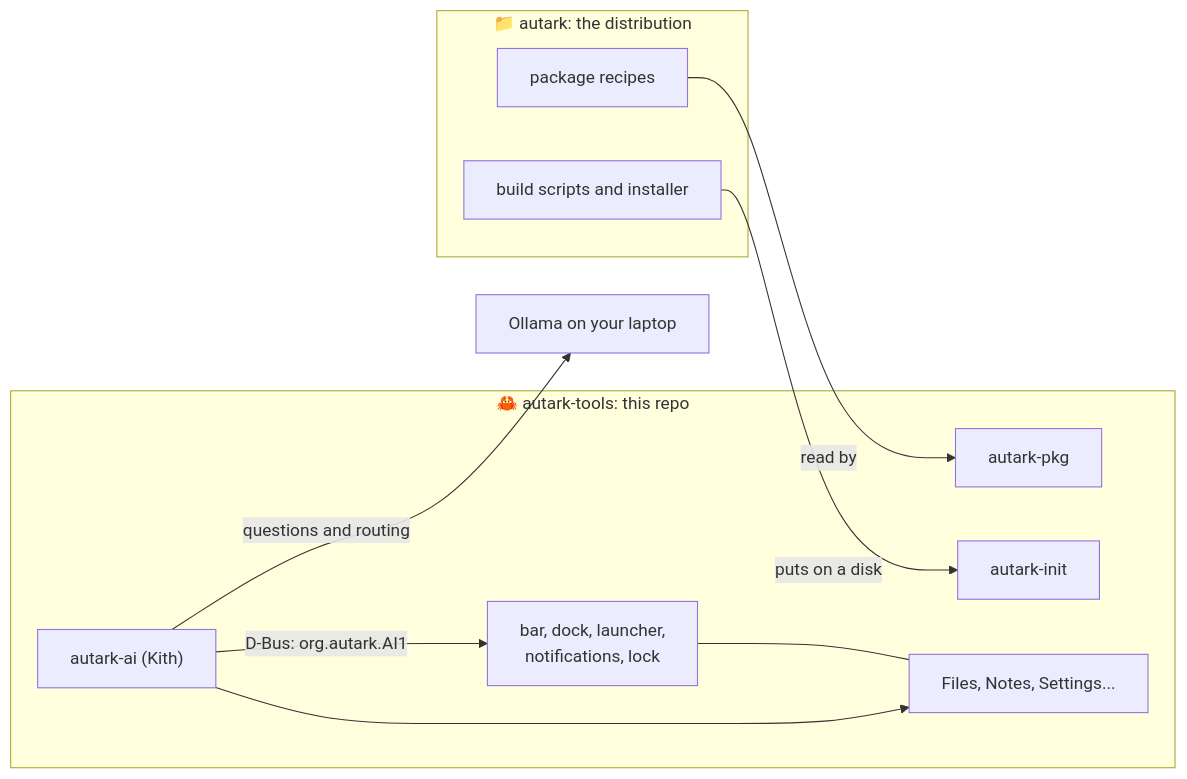
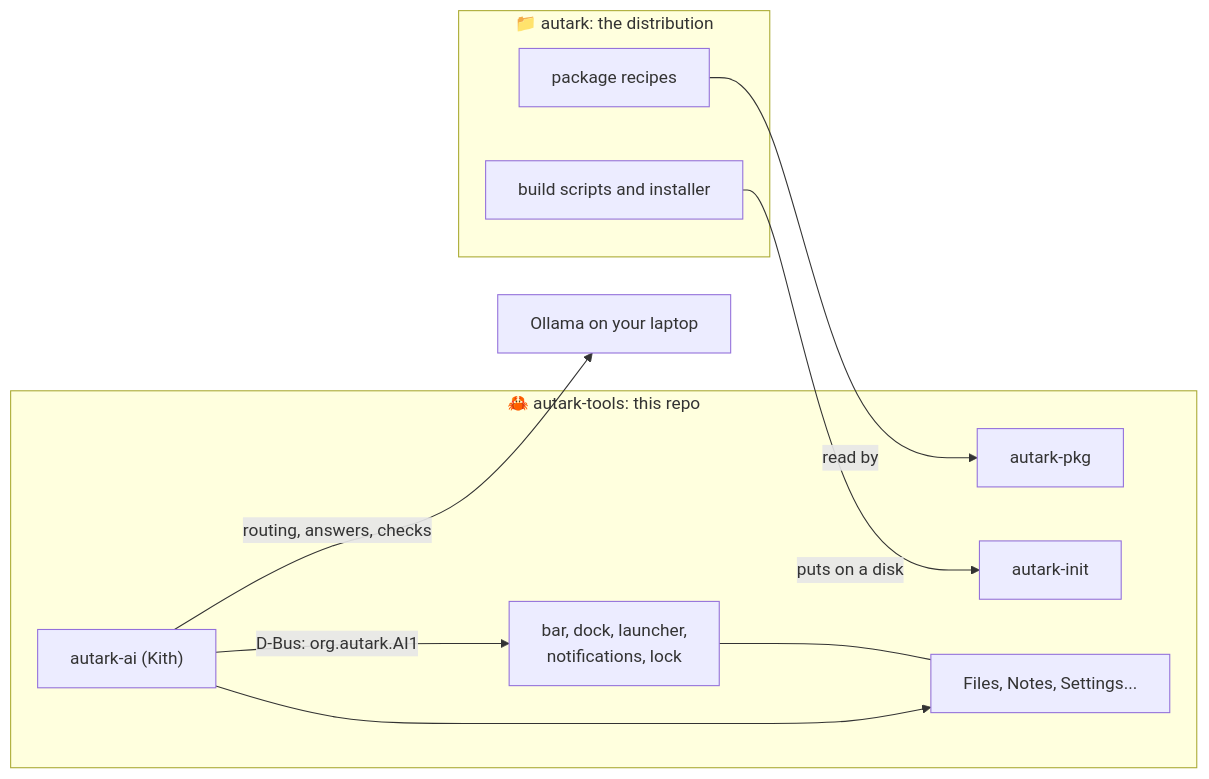
The diagram in README.md (Seuketchi/autark-tools), drawn with Mermaid before and after one commit. The commit also changed other lines of this file and 1 other file, not shown here.

First line of the commit message:
Docs: describe Kith as the laptop supervisor it now is

````diff
--- a/README.md
+++ b/README.md
@@ -31,20 +31,20 @@
 ```mermaid
 flowchart LR
   subgraph D["📁 autark: the distribution"]
     recipes["package recipes"]
     build["build scripts and installer"]
   end
   subgraph T["🦀 autark-tools: this repo"]
     pkg["autark-pkg"]
     init["autark-init"]
     shell["bar, dock, launcher,<br>notifications, lock"]
     apps["Files, Notes, Settings..."]
     ai["autark-ai (Kith)"]
   end
   recipes -->|"read by"| pkg
   build -->|"puts on a disk"| init
   shell --- apps
   ai -->|"D-Bus: org.autark.AI1"| shell
   ai --> apps
-  ai -->|"questions and routing"| ollama["Ollama on your laptop"]
+  ai -->|"routing, answers, checks"| ollama["Ollama on your laptop"]
 ```
````
